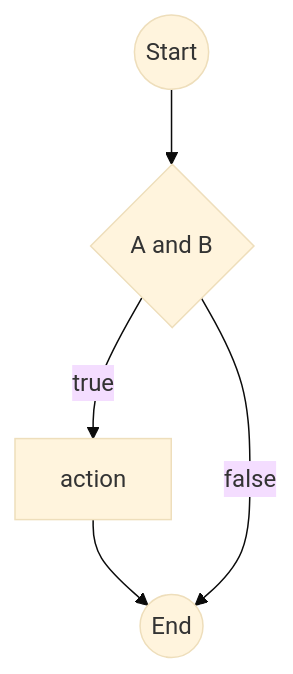
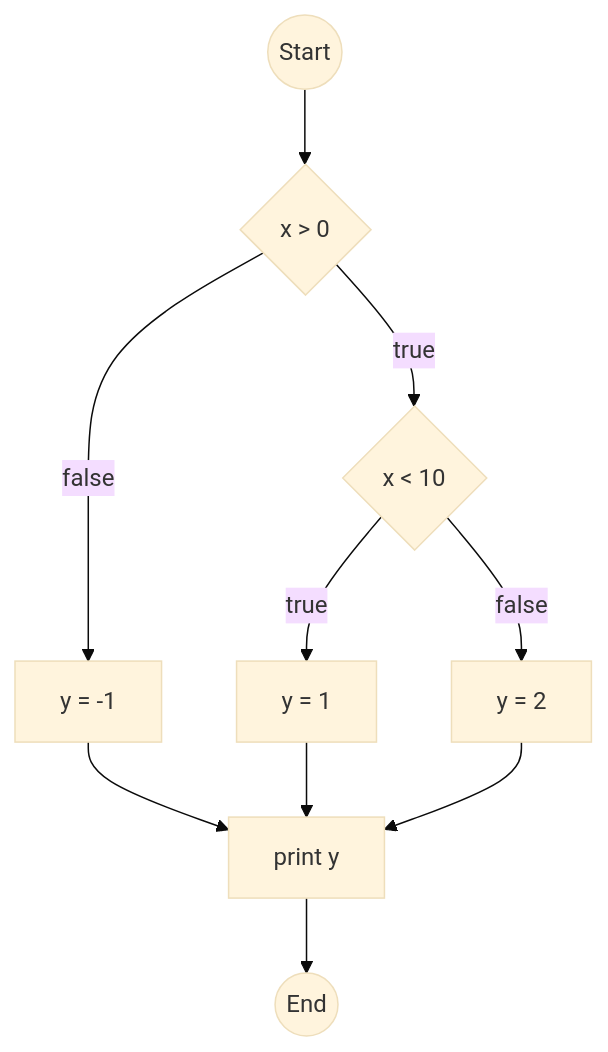
The second of 3 diagrams in content/verif/coverage/basis.md (msdbok/msdbok.github.io), drawn with Mermaid (base theme) before and after one commit. The commit also changed other lines of this file and 1 other file, not shown here.

````diff
--- a/content/verif/coverage/basis.md
+++ b/content/verif/coverage/basis.md
@@ -138,11 +123,18 @@
 ```mermaid
 flowchart TD
   Start((Start))
-  D1{ A and B }
-  S1[ action ]
+  D1{ x > 0 }
+  D2{ x < 10 }
+  S1[ y = 1 ]
+  S2[ y = 2 ]
+  S3[ y = -1 ]
+  P[ print y ]
   End((End))
 
   Start --> D1
-  D1 -->|true| S1 --> End
-  D1 -->|false| End
+  D1 -->|true| D2
+  D1 -->|false| S3 --> P
+  D2 -->|true| S1 --> P
+  D2 -->|false| S2 --> P
+  P --> End
 ```
````
